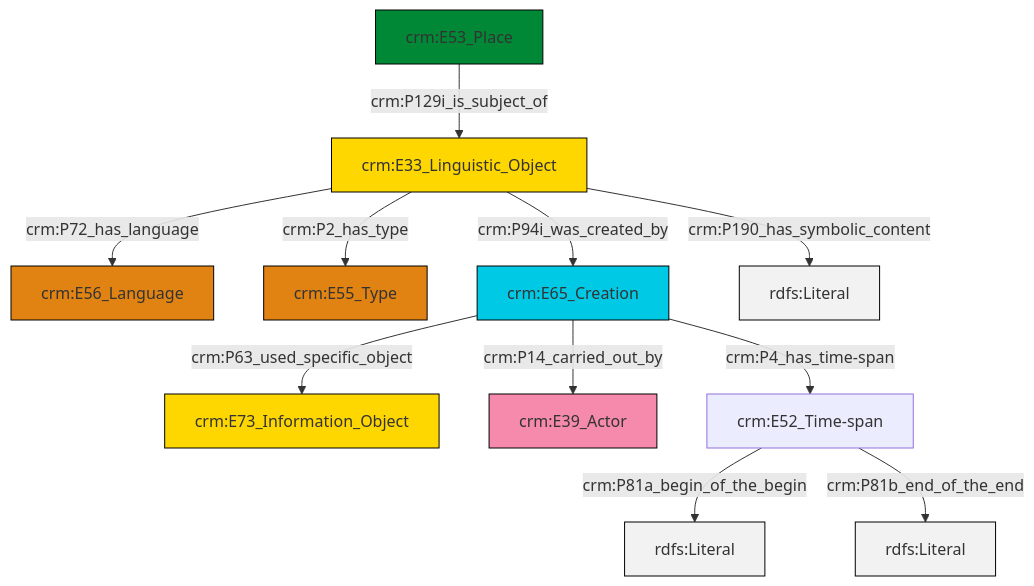
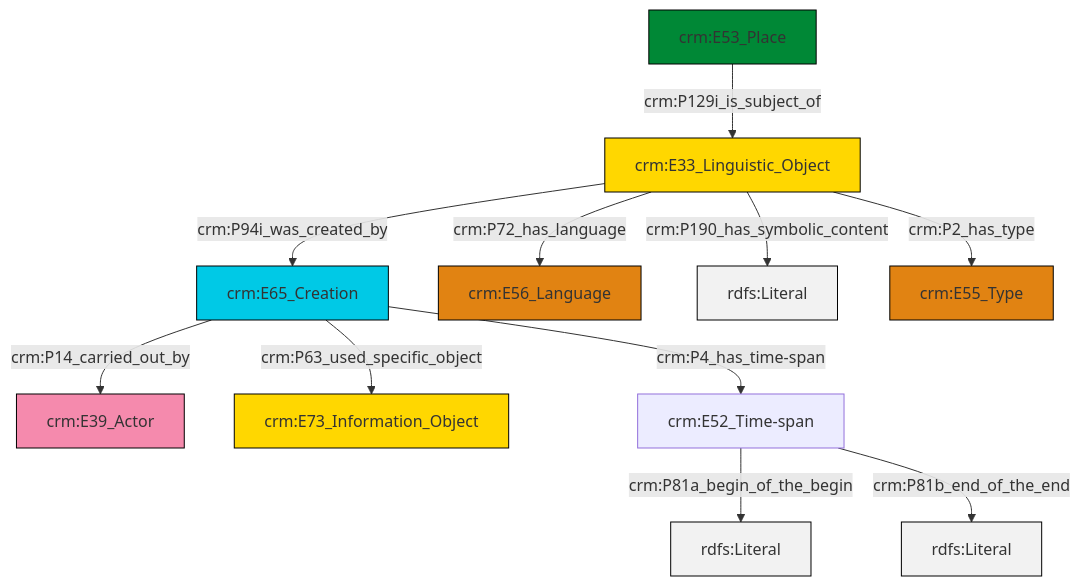
Before and after one commit to swiss-art-research-net/docs.swissartresearch: the diagram in et/placeCSV/ttl/mmd/place_description.ttl.mmd, drawn with Mermaid. The commit also changed 174 other files, not shown here.

```diff
--- a/et/placeCSV/ttl/mmd/place_description.ttl.mmd
+++ b/et/placeCSV/ttl/mmd/place_description.ttl.mmd
@@ -1,25 +1,25 @@
 graph TD
 classDef Literal fill:#f2f2f2,stroke:#000000;
 classDef CRM_Entity fill:#FFFFFF,stroke:#000000;
 classDef Temporal_Entity fill:#00C9E6, stroke:#000000;
 classDef Type fill:#E18312, stroke:#000000;
 classDef Time-Span fill:#2C9C91, stroke:#000000;
 classDef Appellation fill:#FFEB7F, stroke:#000000;
 classDef Place fill:#008836, stroke:#000000;
 classDef Persistent_Item fill:#B266B2, stroke:#000000;
 classDef Conceptual_Object fill:#FFD700, stroke:#000000;
 classDef Physical_Thing fill:#D2B48C, stroke:#000000;
 classDef Actor fill:#f58aad, stroke:#000000;
 classDef PC_Classes fill:#4ce600, stroke:#000000;
 classDef Multi fill:#cccccc,stroke:#000000;
 
-0["crm:E33_Linguistic_Object"]:::Conceptual_Object -->|crm:P72_has_language| 1["crm:E56_Language"]:::Type
-6["crm:E53_Place"]:::Place -->|crm:P129i_is_subject_of| 0["crm:E33_Linguistic_Object"]:::Conceptual_Object
-8["crm:E65_Creation"]:::Temporal_Entity -->|crm:P14_carried_out_by| 9["crm:E39_Actor"]:::Actor
-11["crm:E52_Time-span"]:::Default -->|crm:P81a_begin_of_the_begin| 12[rdfs:Literal]:::Literal
-11["crm:E52_Time-span"]:::Default -->|crm:P81b_end_of_the_end| 13[rdfs:Literal]:::Literal
-8["crm:E65_Creation"]:::Temporal_Entity -->|crm:P4_has_time-span| 11["crm:E52_Time-span"]:::Default
-0["crm:E33_Linguistic_Object"]:::Conceptual_Object -->|crm:P94i_was_created_by| 8["crm:E65_Creation"]:::Temporal_Entity
-0["crm:E33_Linguistic_Object"]:::Conceptual_Object -->|crm:P2_has_type| 4["crm:E55_Type"]:::Type
-8["crm:E65_Creation"]:::Temporal_Entity -->|crm:P63_used_specific_object| 2["crm:E73_Information_Object"]:::Conceptual_Object
-0["crm:E33_Linguistic_Object"]:::Conceptual_Object -->|crm:P190_has_symbolic_content| 16[rdfs:Literal]:::Literal
+2["crm:E65_Creation"]:::Temporal_Entity -->|crm:P14_carried_out_by| 3["crm:E39_Actor"]:::Actor
+8["crm:E53_Place"]:::Place -->|crm:P129i_is_subject_of| 0["crm:E33_Linguistic_Object"]:::Conceptual_Object
+0["crm:E33_Linguistic_Object"]:::Conceptual_Object -->|crm:P190_has_symbolic_content| 9[rdfs:Literal]:::Literal
+0["crm:E33_Linguistic_Object"]:::Conceptual_Object -->|crm:P94i_was_created_by| 2["crm:E65_Creation"]:::Temporal_Entity
+0["crm:E33_Linguistic_Object"]:::Conceptual_Object -->|crm:P72_has_language| 6["crm:E56_Language"]:::Type
+12["crm:E52_Time-span"]:::Default -->|crm:P81a_begin_of_the_begin| 13[rdfs:Literal]:::Literal
+2["crm:E65_Creation"]:::Temporal_Entity -->|crm:P4_has_time-span| 12["crm:E52_Time-span"]:::Default
+0["crm:E33_Linguistic_Object"]:::Conceptual_Object -->|crm:P2_has_type| 10["crm:E55_Type"]:::Type
+2["crm:E65_Creation"]:::Temporal_Entity -->|crm:P63_used_specific_object| 4["crm:E73_Information_Object"]:::Conceptual_Object
+12["crm:E52_Time-span"]:::Default -->|crm:P81b_end_of_the_end| 18[rdfs:Literal]:::Literal
```
